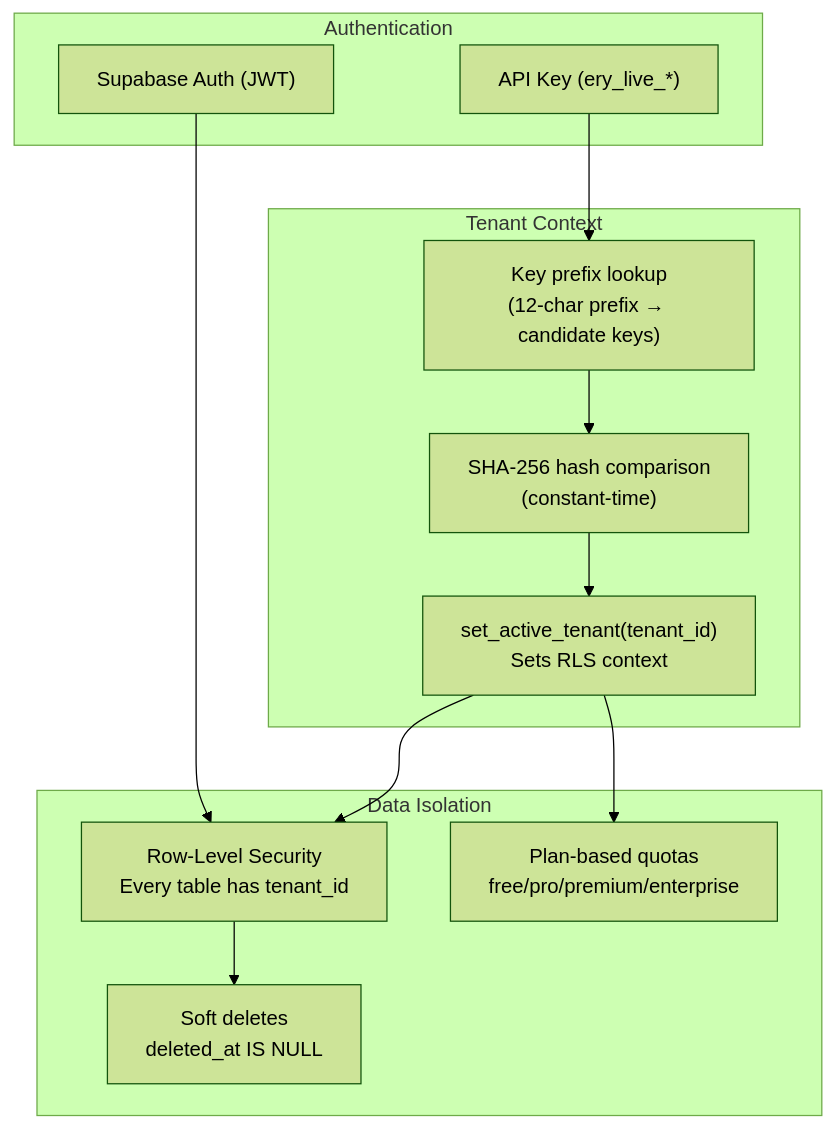
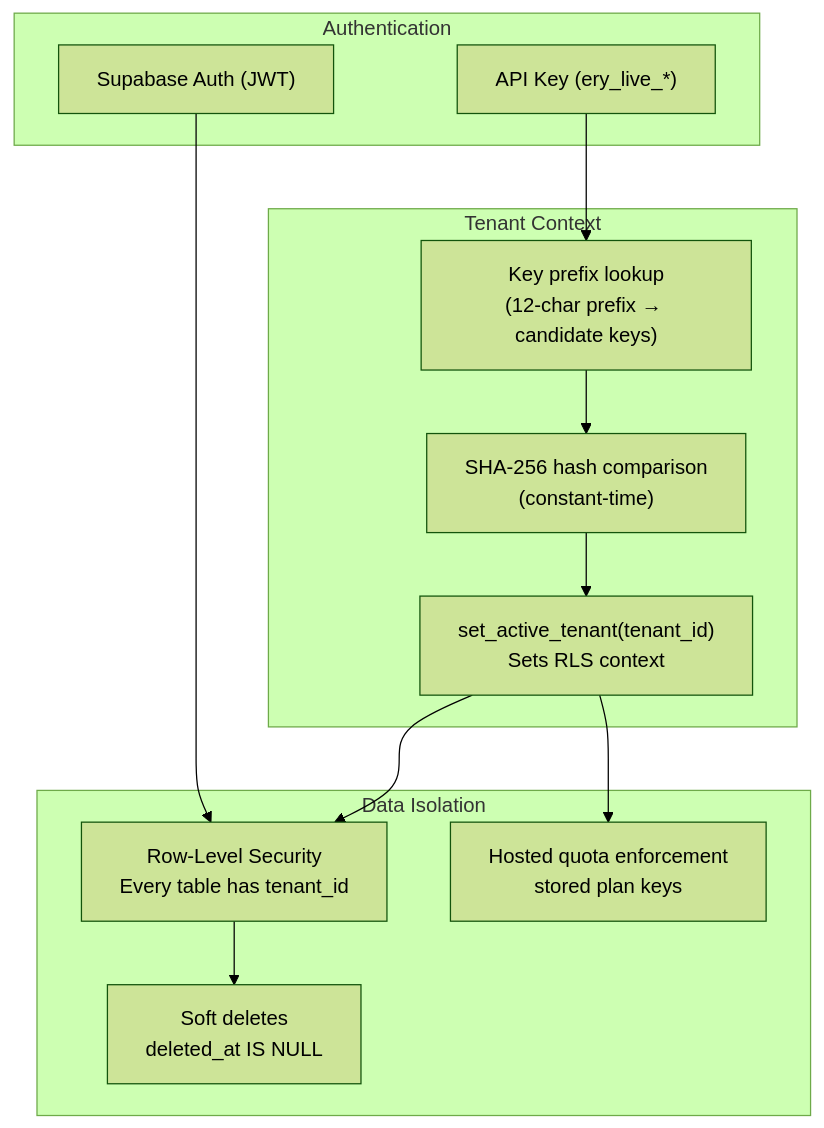
One commit to SheetMetalConnect/eryxon-flow changed the fifth of 6 diagrams in docs/ARCHITECTURE.md. Above: the diagram before and after it, drawn with Mermaid (forest theme). The commit also changed other lines of this file and 80 other files, not shown here.

````diff
--- a/docs/ARCHITECTURE.md
+++ b/docs/ARCHITECTURE.md
@@ -181,24 +181,24 @@
 ```mermaid
 graph TB
     subgraph Auth["Authentication"]
         APIKey["API Key (ery_live_*)"]
         SBAuth["Supabase Auth (JWT)"]
     end
 
     subgraph Tenant["Tenant Context"]
         Prefix["Key prefix lookup<br/>(12-char prefix → candidate keys)"]
         Hash["SHA-256 hash comparison<br/>(constant-time)"]
         RPC["set_active_tenant(tenant_id)<br/>Sets RLS context"]
     end
 
     subgraph Isolation["Data Isolation"]
         RLS["Row-Level Security<br/>Every table has tenant_id"]
         SoftDelete["Soft deletes<br/>deleted_at IS NULL"]
-        PlanLimits["Plan-based quotas<br/>free/pro/premium/enterprise"]
+        PlanLimits["Hosted quota enforcement<br/>stored plan keys"]
     end
 
     APIKey --> Prefix --> Hash --> RPC --> RLS
     SBAuth --> RLS
     RLS --> SoftDelete
     RPC --> PlanLimits
 ```
````
